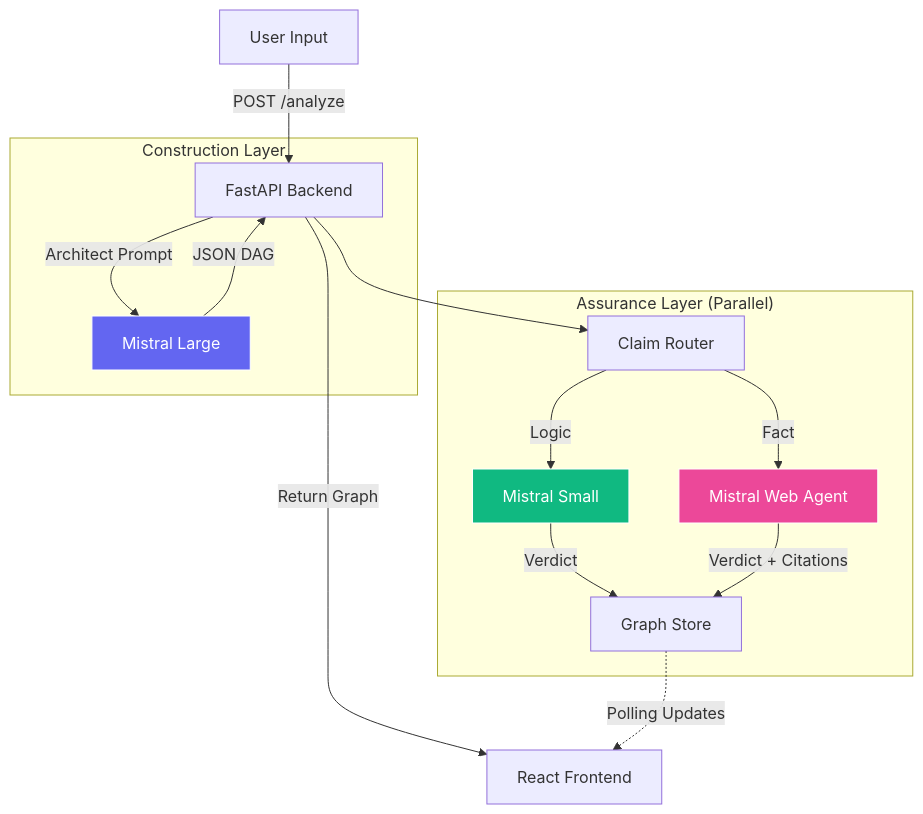
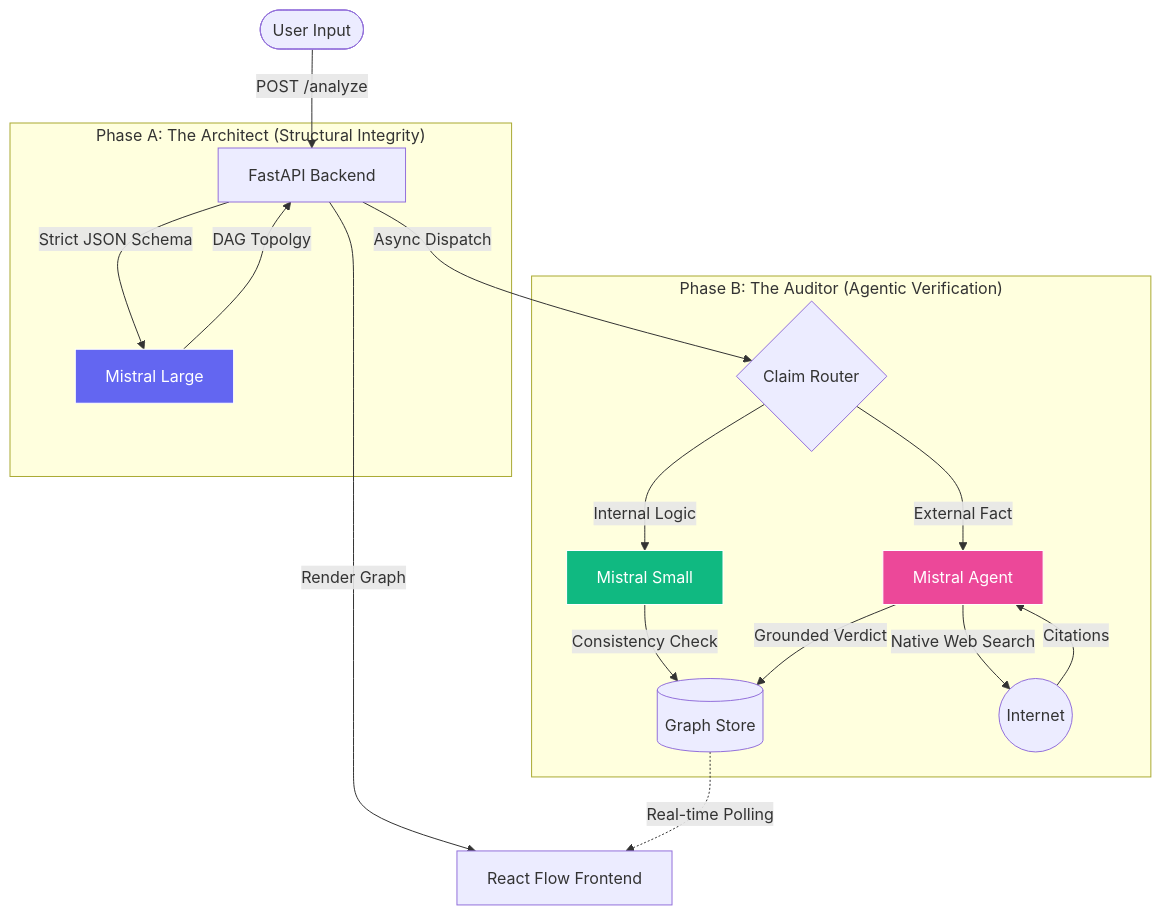
Before and after one commit to DupuisB/TraceGraph: the diagram in README.md, drawn with Mermaid. The commit also changed other lines of this file, not shown here.

Commit message:
docs: restructure README as Mistral PM portfolio case study

````diff
--- a/README.md
+++ b/README.md
@@ -37,26 +23,29 @@
 ```mermaid
 graph TD
-    User[User Input] -->|POST /analyze| API[FastAPI Backend]
+    User([User Input]) -->|POST /analyze| API[FastAPI Backend]
 
-    subgraph "Construction Layer"
-        API -->|Architect Prompt| Large[Mistral Large]
-        Large -->|JSON DAG| API
+    subgraph "Phase A: The Architect (Structural Integrity)"
+        API -->|Strict JSON Schema| Large[Mistral Large]
+        Large -->|DAG Topolgy| API
     end
 
-    API -->|Return Graph| UI[React Frontend]
+    API -->|Render Graph| UI[React Flow Frontend]
 
-    subgraph "Assurance Layer (Parallel)"
-        API --> Router[Claim Router]
-        Router -->|Logic| Small[Mistral Small]
-        Router -->|Fact| Agent[Mistral Web Agent]
+    subgraph "Phase B: The Auditor (Agentic Verification)"
+        API -->|Async Dispatch| Router{Claim Router}
         
-        Small -->|Verdict| Store[Graph Store]
-        Agent -->|Verdict + Citations| Store
+        Router -->|Internal Logic| Small[Mistral Small]
+        Small -->|Consistency Check| DB[(Graph Store)]
+        
+        Router -->|External Fact| Agent[Mistral Agent]
+        Agent -- Native Web Search --> Web((Internet))
+        Web -->|Citations| Agent
+        Agent -->|Grounded Verdict| DB
     end
 
-    Store -.->|Polling Updates| UI
-
+    DB -.->|Real-time Polling| UI
+    
     style Large fill:#6366f1,stroke:#fff,color:#fff
+    style Agent fill:#ec4899,stroke:#fff,color:#fff
     style Small fill:#10b981,stroke:#fff,color:#fff
-    style Agent fill:#ec4899,stroke:#fff,color:#fff
 ```
````
